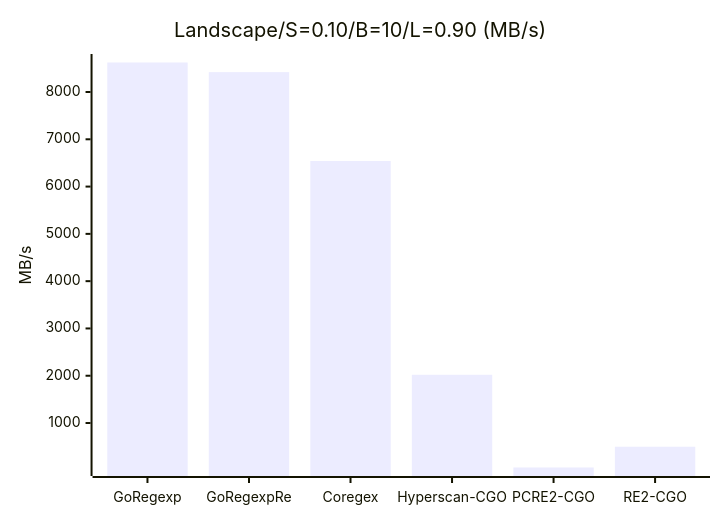
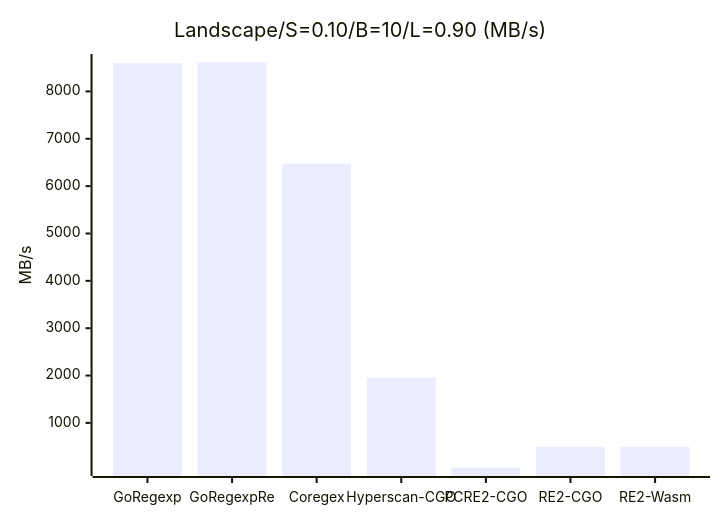
One commit to kamichidu/go-regexp-re changed diagram 17 of 47 in _benchmark_results/cgo_engines.md. Above: the diagram before and after it, drawn with Mermaid. The commit also changed other lines of this file and 1 other file, not shown here.

````diff
--- a/_benchmark_results/cgo_engines.md
+++ b/_benchmark_results/cgo_engines.md
@@ -250,7 +250,7 @@
 ```mermaid
 xychart-beta
     title "Landscape/S=0.10/B=10/L=0.90 (MB/s)"
-    x-axis ["GoRegexp", "GoRegexpRe", "Coregex", "Hyperscan-CGO", "PCRE2-CGO", "RE2-CGO"]
+    x-axis ["GoRegexp", "GoRegexpRe", "Coregex", "Hyperscan-CGO", "PCRE2-CGO", "RE2-CGO", "RE2-Wasm"]
     y-axis "MB/s"
-    bar [8623.77, 8420.15, 6541.68, 2020.39, 59.60, 498.85]
+    bar [8596.03, 8610.88, 6475.02, 1951.70, 58.57, 497.55, 494.23]
 ```
````
